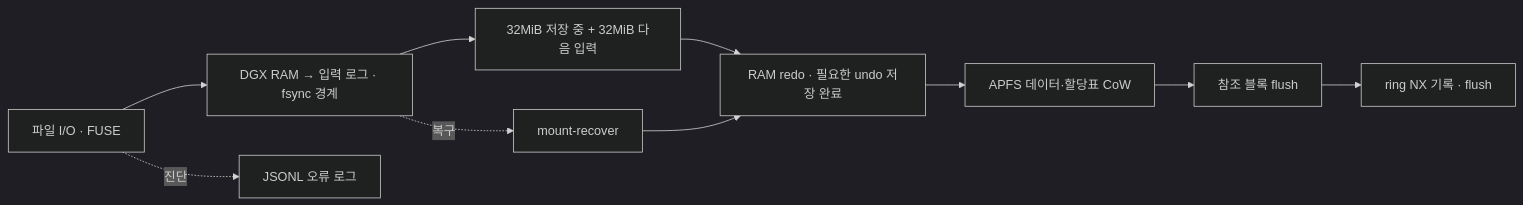
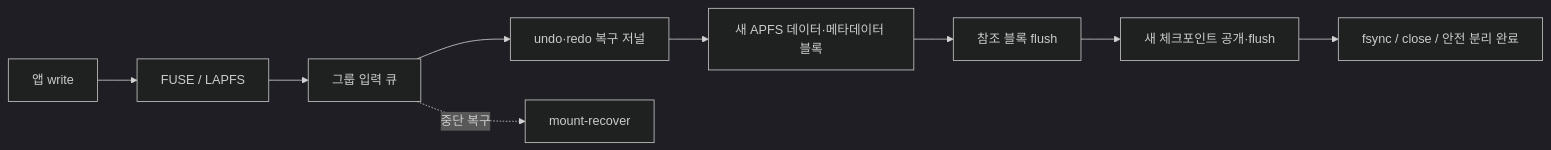
One commit to JUNJOONHWAN/LAPFS changed the diagram in README.md. Above: the diagram before and after it, drawn with Mermaid (dark theme). The commit also changed other lines of this file and 1 other file, not shown here.

````diff
--- a/README.md
+++ b/README.md
@@ -70,12 +63,11 @@
 ```mermaid
 flowchart LR
-    IO["파일 I/O · FUSE"] --> Queue["DGX RAM → 입력 로그 · fsync 경계"]
-    Queue --> Worker["32MiB 저장 중 + 32MiB 다음 입력"]
-    Worker --> Journal["RAM redo · 필요한 undo 저장 완료"]
-    Journal --> COW["APFS 데이터·할당표 CoW"]
-    COW --> Flush["참조 블록 flush"]
-    Flush --> NX["ring NX 기록 · flush"]
-    Queue -. "복구" .-> Recover["mount-recover"]
-    Recover --> Journal
-    IO -. "진단" .-> Log["JSONL 오류 로그"]
+    App[앱 write] --> Fuse[FUSE / LAPFS]
+    Fuse --> Queue[그룹 입력 큐]
+    Queue --> Journal[undo·redo 복구 저널]
+    Journal --> CoW[새 APFS 데이터·메타데이터 블록]
+    CoW --> Flush[참조 블록 flush]
+    Flush --> NX[새 체크포인트 공개·flush]
+    NX --> Done[fsync / close / 안전 분리 완료]
+    Queue -. 중단 복구 .-> Recover[mount-recover]
 ```
````
